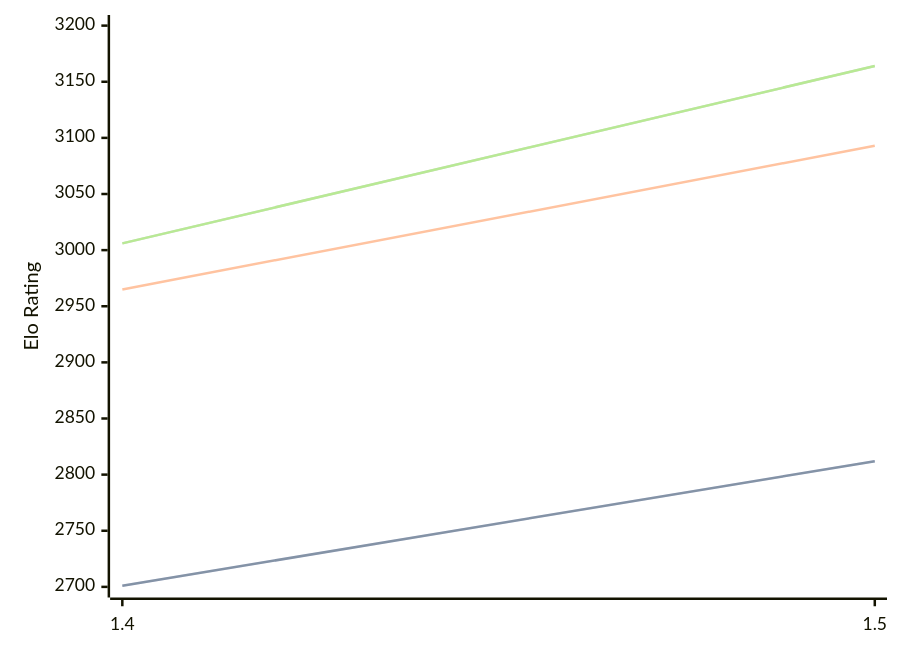
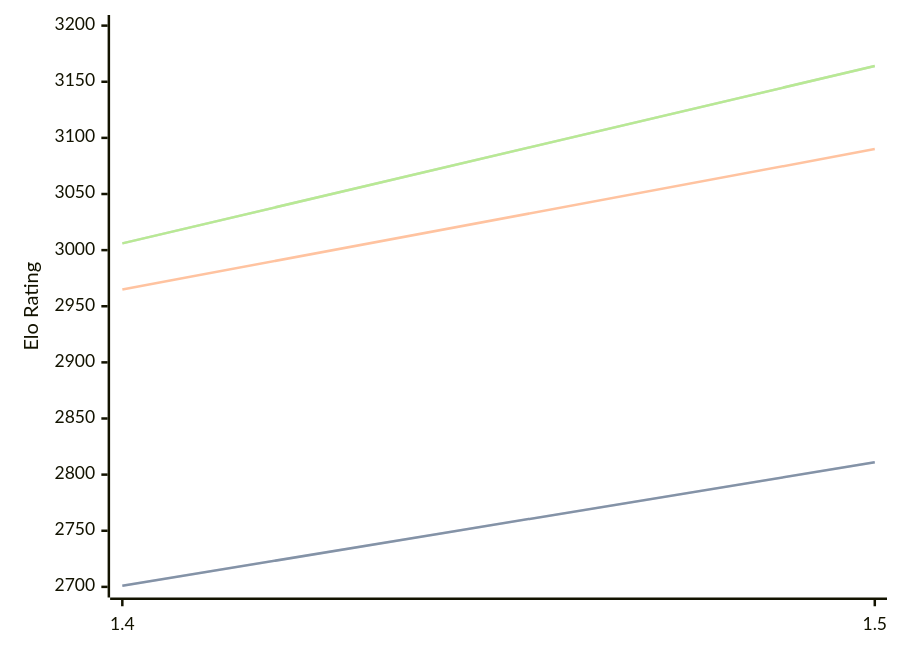
The diagram in engines/Yakka.md (computer-chess-index/cci), drawn with Mermaid before and after one commit. The commit also changed other lines of this file, not shown here.

Commit message:
Update CCI Ratings (ELO VLTC) - 2026-03-01

````diff
--- a/engines/Yakka.md
+++ b/engines/Yakka.md
@@ -34,11 +34,11 @@
 ```mermaid
 %%{init: {"theme":"base","themeVariables":{"seriesColors:['#a3a3a3','#222221','#faa371']}}}%%
 xychart-beta
   x-axis ["1.4", "1.5"]
   y-axis "Elo Rating" 2700 --> 3200
-  line "STC (8.0+0.08s)" [2701, 2812]
-  line "STC (8.0+0.08s)" [2701, 2812]
-  line "LTC (60.0+0.60s)" [2965, 3093]
+  line "STC (8.0+0.08s)" [2701, 2811]
+  line "STC (8.0+0.08s)" [2701, 2811]
+  line "LTC (60.0+0.60s)" [2965, 3090]
   line "VLTC (2m24s+1.12s)" [3006, 3164]
   line "VLTC (2m24s+1.12s)" [3006, 3164]
 ```
````
